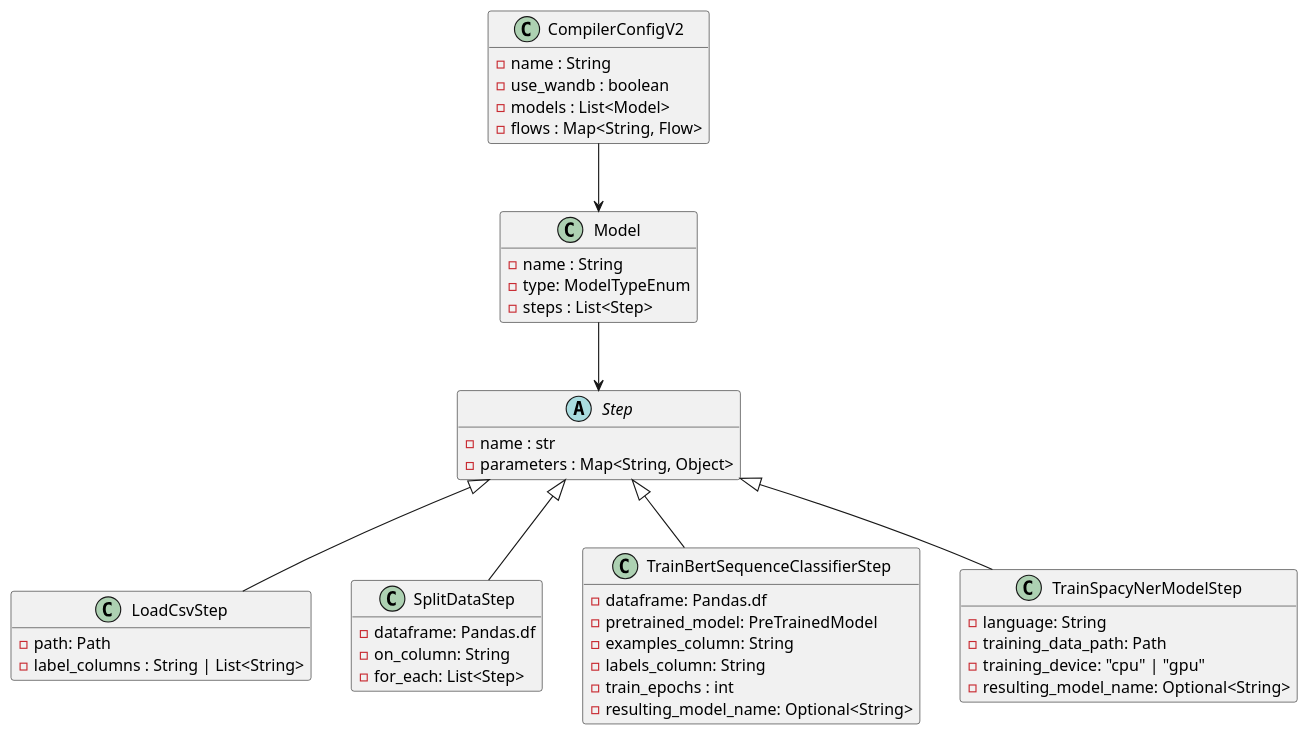
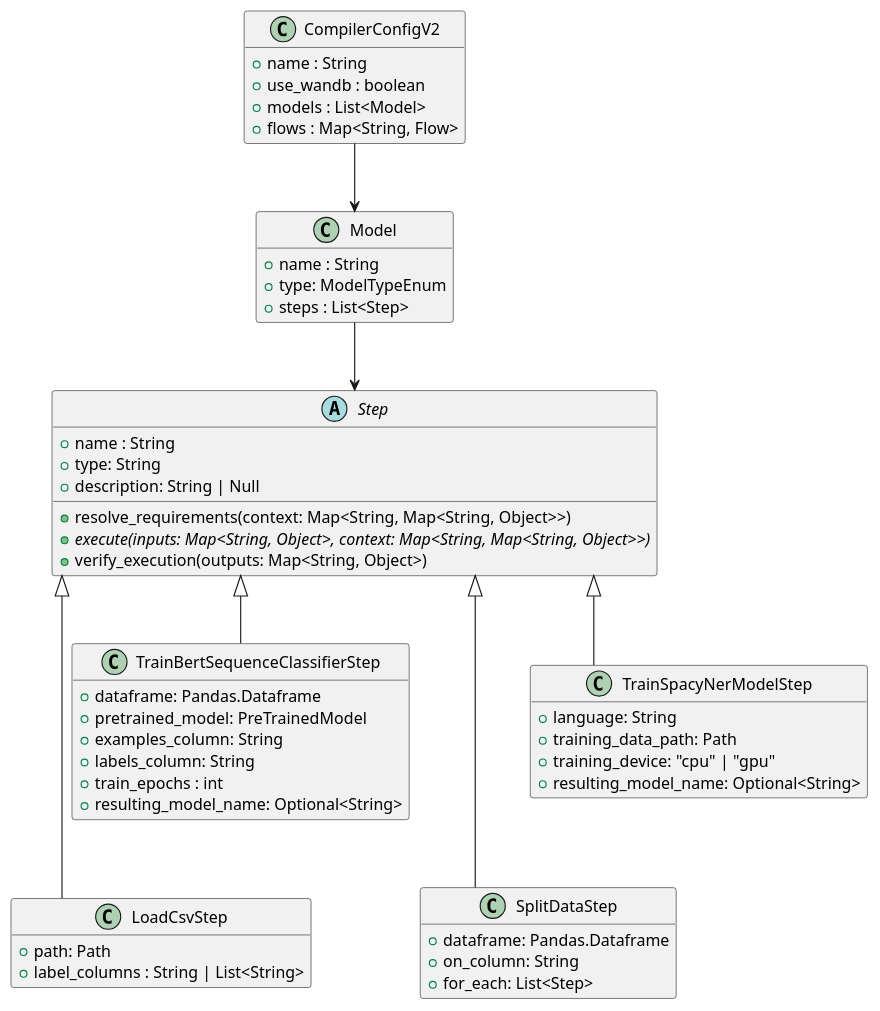
One commit to stefa168/tesi_tln changed the diagram in tesi/media/diags/compiler_classes.plantuml. Above: the diagram before and after it, drawn with PlantUML. The commit also changed 8 other files, not shown here.

```diff
--- a/tesi/media/diags/compiler_classes.plantuml
+++ b/tesi/media/diags/compiler_classes.plantuml
@@ -1,50 +1,63 @@
 @startuml
 ' !theme carbon-gray
 hide empty methods
+' !pragma layout smetana
+' left to right direction
+skinparam linetype ortho
+
 
 abstract class Step {
-    - name : str
-    - parameters : Map<String, Object>
+    + name : String
+    + type: String
+    + description: String | Null
+    + resolve_requirements(context: Map<String, Map<String, Object>>)
+    + {abstract} execute(inputs: Map<String, Object>, context: Map<String, Map<String, Object>>)
+    + verify_execution(outputs: Map<String, Object>)
 }
 
 class CompilerConfigV2 {
-    - name : String
-    - use_wandb : boolean
-    - models : List<Model>
-    - flows : Map<String, Flow>
+    + name : String
+    + use_wandb : boolean
+    + models : List<Model>
+    + flows : Map<String, Flow>
 }
 class Model {
-    - name : String
-    - type: ModelTypeEnum
-    - steps : List<Step>
+    + name : String
+    + type: ModelTypeEnum
+    + steps : List<Step>
 }
 
-class LoadCsvStep extends Step {
-    - path: Path
-    - label_columns : String | List<String>
+class LoadCsvStep {
+    + path: Path
+    + label_columns : String | List<String>
 }
-class SplitDataStep extends Step {
-    - dataframe: Pandas.df
-    - on_column: String
-    - for_each: List<Step>
+class SplitDataStep  {
+    + dataframe: Pandas.Dataframe
+    + on_column: String
+    + for_each: List<Step>
 }
-class TrainBertSequenceClassifierStep extends Step {
-    - dataframe: Pandas.df
-    - pretrained_model: PreTrainedModel
-    - examples_column: String
-    - labels_column: String
-    - train_epochs : int
-    - resulting_model_name: Optional<String>
+class TrainBertSequenceClassifierStep  {
+    + dataframe: Pandas.Dataframe
+    + pretrained_model: PreTrainedModel
+    + examples_column: String
+    + labels_column: String
+    + train_epochs : int
+    + resulting_model_name: Optional<String>
 }
-class TrainSpacyNerModelStep extends Step {
-    - language: String
-    - training_data_path: Path
-    - training_device: "cpu" | "gpu"
-    - resulting_model_name: Optional<String>
+class TrainSpacyNerModelStep  {
+    + language: String
+    + training_data_path: Path
+    + training_device: "cpu" | "gpu"
+    + resulting_model_name: Optional<String>
 }
 
 CompilerConfigV2 --> Model
-Model --> Step
-' SplitDataStep --> Step
+Model -down-> Step
+LoadCsvStep -up-|> Step
+SplitDataStep -up-|> Step
+TrainBertSequenceClassifierStep -[hidden]down-> LoadCsvStep
+TrainBertSequenceClassifierStep -up-|> Step
+TrainSpacyNerModelStep -[hidden]down-> SplitDataStep
+TrainSpacyNerModelStep -up-|> Step
 
 @enduml
```
